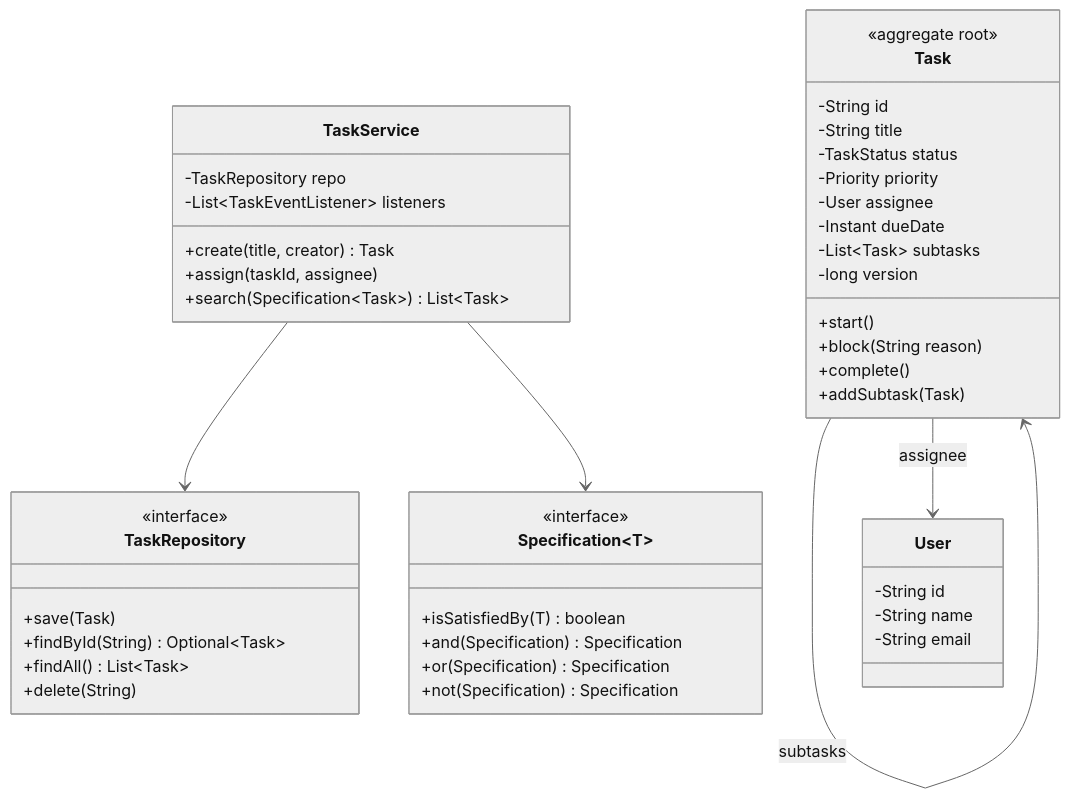
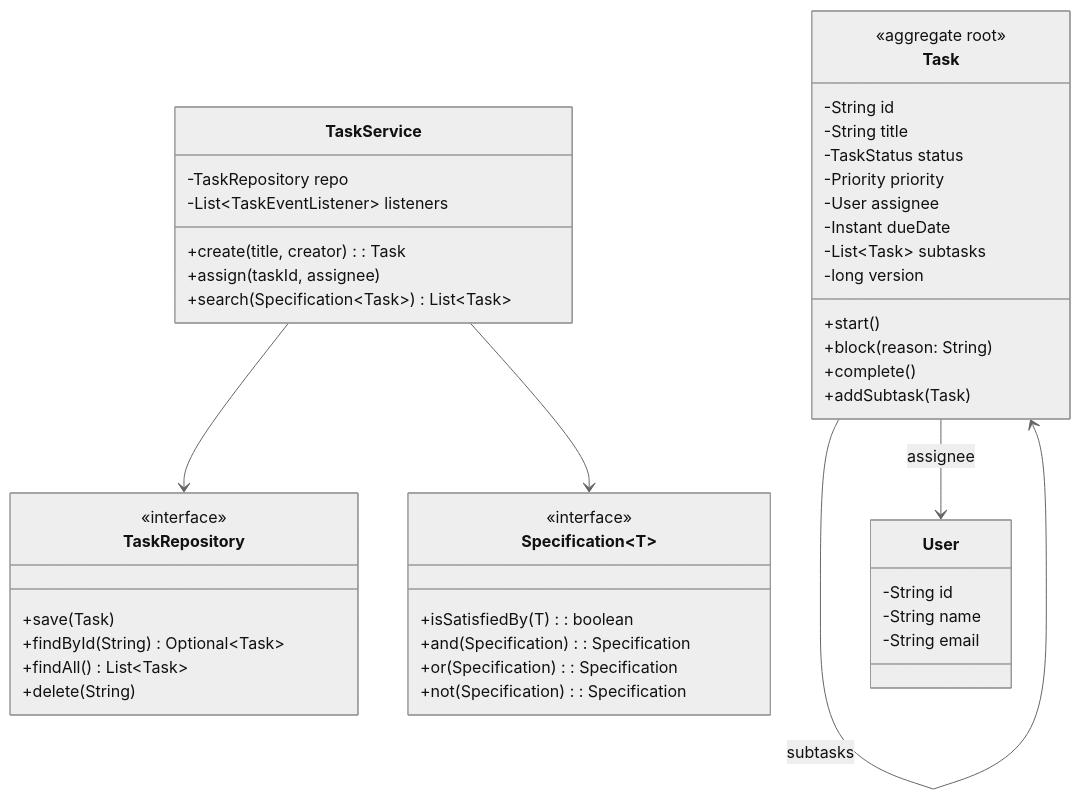
One commit to iamitgupta/system-design-LLD-basic changed diagram 15 of 59 in Readme.md. Above: the diagram before and after it, drawn with Mermaid (neutral theme). The commit also changed other lines of this file, not shown here.

````diff
--- a/Readme.md
+++ b/Readme.md
@@ -1753,48 +2534,48 @@
 ```mermaid
 classDiagram
  class Task {
  <<aggregate root>>
  -String id
  -String title
  -TaskStatus status
  -Priority priority
  -User assignee
  -Instant dueDate
  -List~Task~ subtasks
  -long version
  +start()
- +block(String reason)
+ +block(reason: String)
  +complete()
  +addSubtask(Task)
  }
  class User {
  -String id
  -String name
  -String email
  }
  class TaskRepository {
  <<interface>>
  +save(Task)
  +findById(String) Optional~Task~
  +findAll() List~Task~
  +delete(String)
  }
  class TaskService {
  -TaskRepository repo
  -List~TaskEventListener~ listeners
- +create(title, creator) Task
+ +create(title, creator): Task
  +assign(taskId, assignee)
  +search(Specification~Task~) List~Task~
  }
  class Specification~T~ {
  <<interface>>
- +isSatisfiedBy(T) boolean
- +and(Specification) Specification
- +or(Specification) Specification
- +not(Specification) Specification
+ +isSatisfiedBy(T): boolean
+ +and(Specification): Specification
+ +or(Specification): Specification
+ +not(Specification): Specification
  }
  TaskService --> TaskRepository
  TaskService --> Specification~Task~
  Task --> Task : subtasks
  Task --> User : assignee
 ```
````
